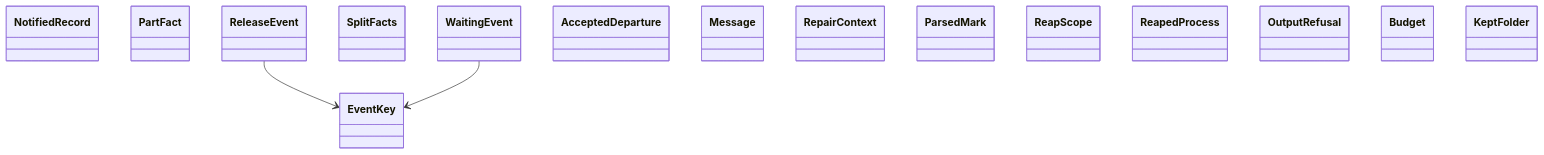
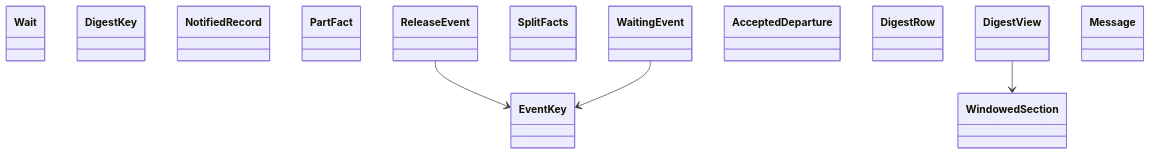
The diagram in docs/architecture/generated/classes-process-domain-machine-2.md (GonzaloZevallos/agentic-system), drawn with Mermaid before and after one commit. The commit also changed other lines of this file and 31 other files, not shown here.

Commit message:
Regenerate the class docs after digest_message joined notify_message

````diff
--- a/docs/architecture/generated/classes-process-domain-machine-2.md
+++ b/docs/architecture/generated/classes-process-domain-machine-2.md
@@ -33,20 +34,19 @@
 ```mermaid
 classDiagram
+    class github_budget__Wait["Wait"]
+    class notify__DigestKey["DigestKey"]
     class notify__EventKey["EventKey"]
     class notify__NotifiedRecord["NotifiedRecord"]
     class notify__PartFact["PartFact"]
     class notify__ReleaseEvent["ReleaseEvent"]
     class notify__SplitFacts["SplitFacts"]
     class notify__WaitingEvent["WaitingEvent"]
     class notify_message__AcceptedDeparture["AcceptedDeparture"]
+    class notify_message__DigestRow["DigestRow"]
+    class notify_message__DigestView["DigestView"]
     class notify_message__Message["Message"]
-    class output_repair__RepairContext["RepairContext"]
-    class reaping__ParsedMark["ParsedMark"]
-    class reaping__ReapScope["ReapScope"]
-    class reaping__ReapedProcess["ReapedProcess"]
-    class refusal__OutputRefusal["OutputRefusal"]
-    class retakes__Budget["Budget"]
-    class scratch__KeptFolder["KeptFolder"]
+    class notify_message__WindowedSection["WindowedSection"]
     notify__ReleaseEvent --> notify__EventKey
     notify__WaitingEvent --> notify__EventKey
+    notify_message__DigestView --> notify_message__WindowedSection
 ```
````
